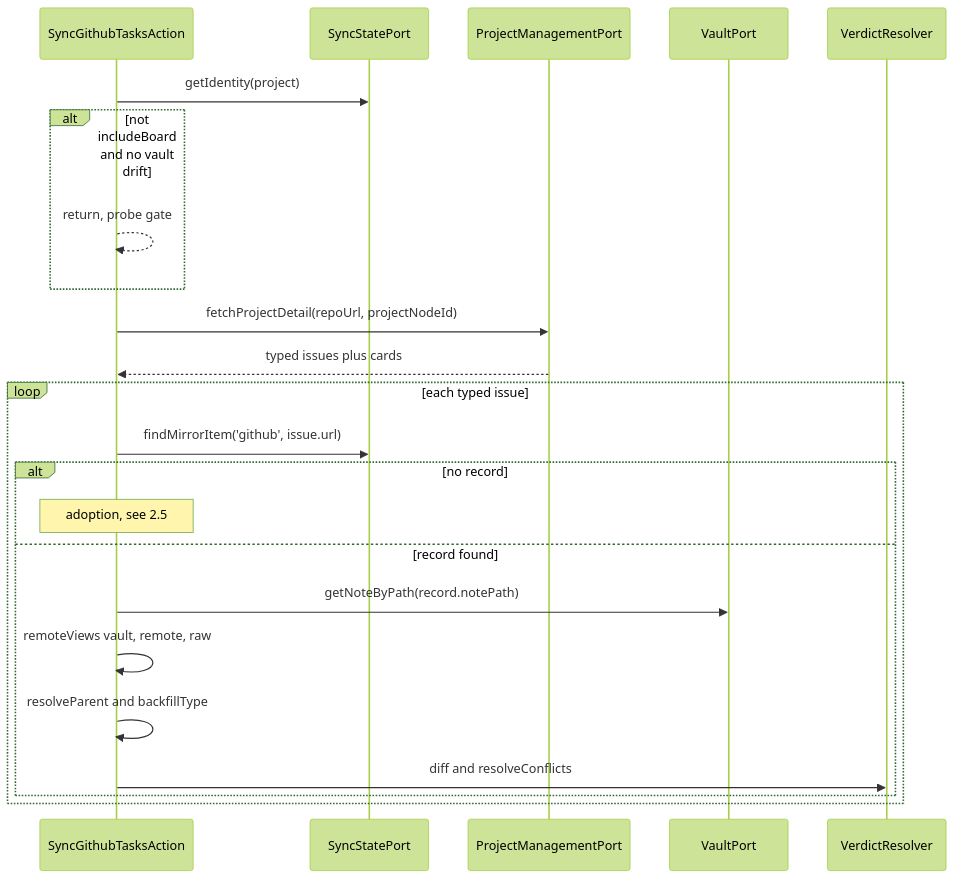
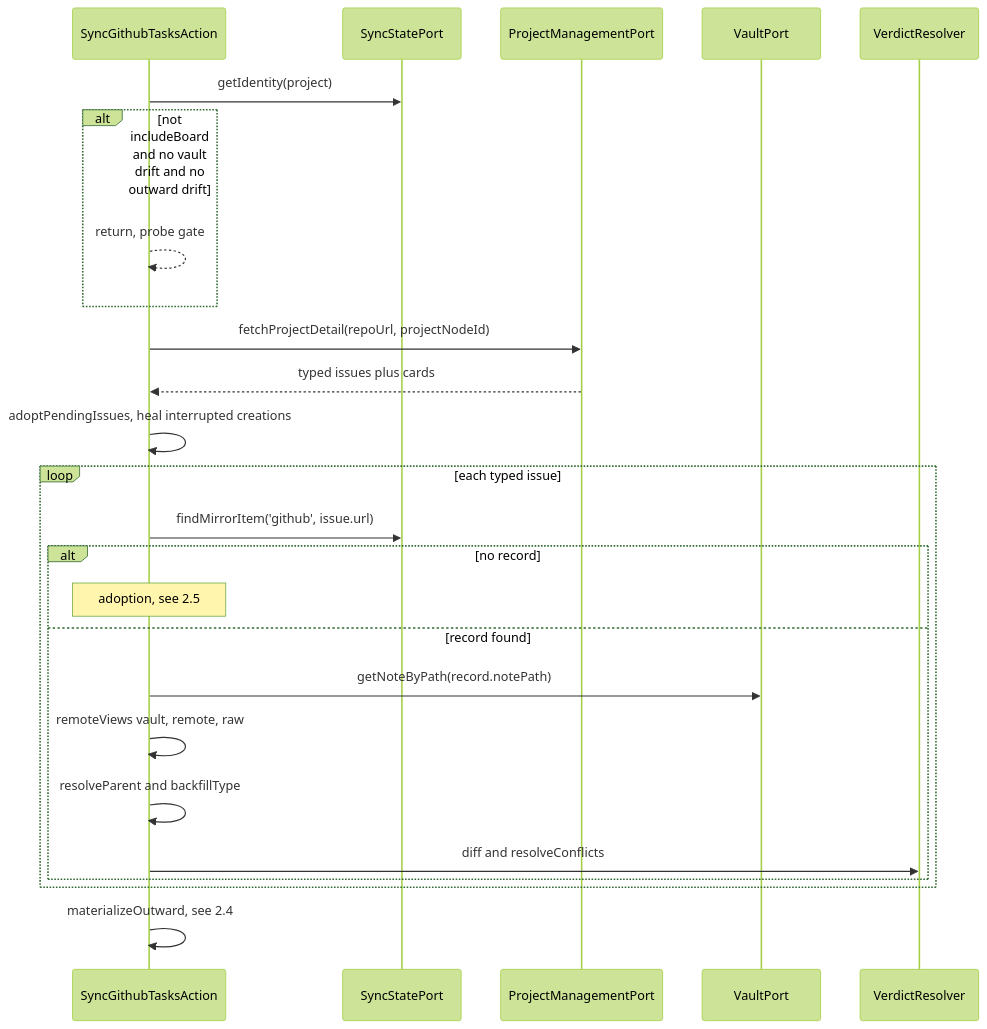
One commit to 99linesofcode/obsidian-project-management changed the fourth of 25 diagrams in docs/developer-manual.md. Above: the diagram before and after it, drawn with Mermaid (forest theme). The commit also changed other lines of this file and 32 other files, not shown here.

Commit message:
fix: final verification findings — registry-first outward creation, board dedup, cursor watermark, SYNC-8 restore, boundary import rule, read-only version guard, settings mutex; manual brought to truth (t20)

````diff
--- a/docs/developer-manual.md
+++ b/docs/developer-manual.md
@@ -212,26 +255,28 @@
 ```mermaid
 sequenceDiagram
   participant GH as SyncGithubTasksAction
   participant SS as SyncStatePort
   participant PM as ProjectManagementPort
   participant V as VaultPort
   participant VR as VerdictResolver
 
   GH->>SS: getIdentity(project)
-  alt not includeBoard and no vault drift
+  alt not includeBoard and no vault drift and no outward drift
     GH-->>GH: return, probe gate
   end
   GH->>PM: fetchProjectDetail(repoUrl, projectNodeId)
   PM-->>GH: typed issues plus cards
+  GH->>GH: adoptPendingIssues, heal interrupted creations
   loop each typed issue
     GH->>SS: findMirrorItem('github', issue.url)
     alt no record
       Note over GH: adoption, see 2.5
     else record found
       GH->>V: getNoteByPath(record.notePath)
       GH->>GH: remoteViews vault, remote, raw
       GH->>GH: resolveParent and backfillType
       GH->>VR: diff and resolveConflicts
     end
   end
+  GH->>GH: materializeOutward, see 2.4
 ```
````
